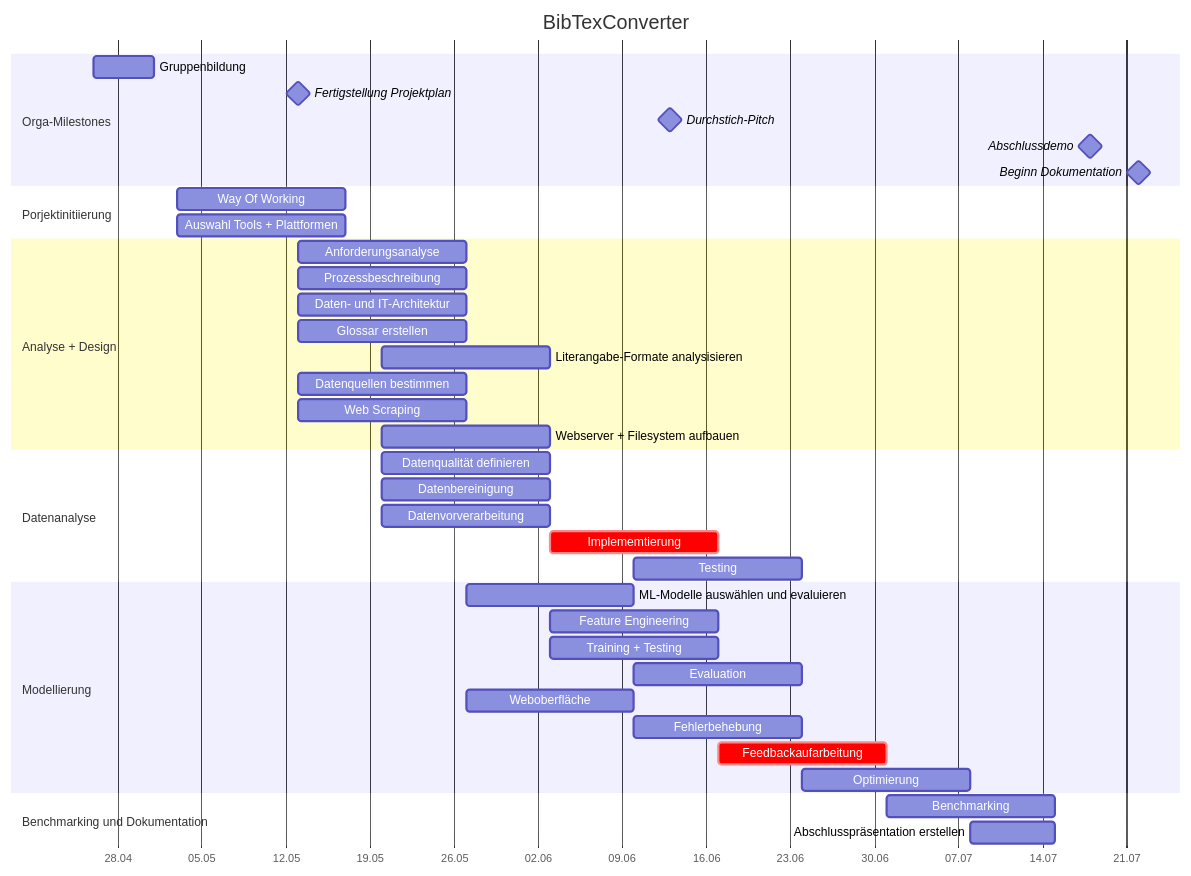
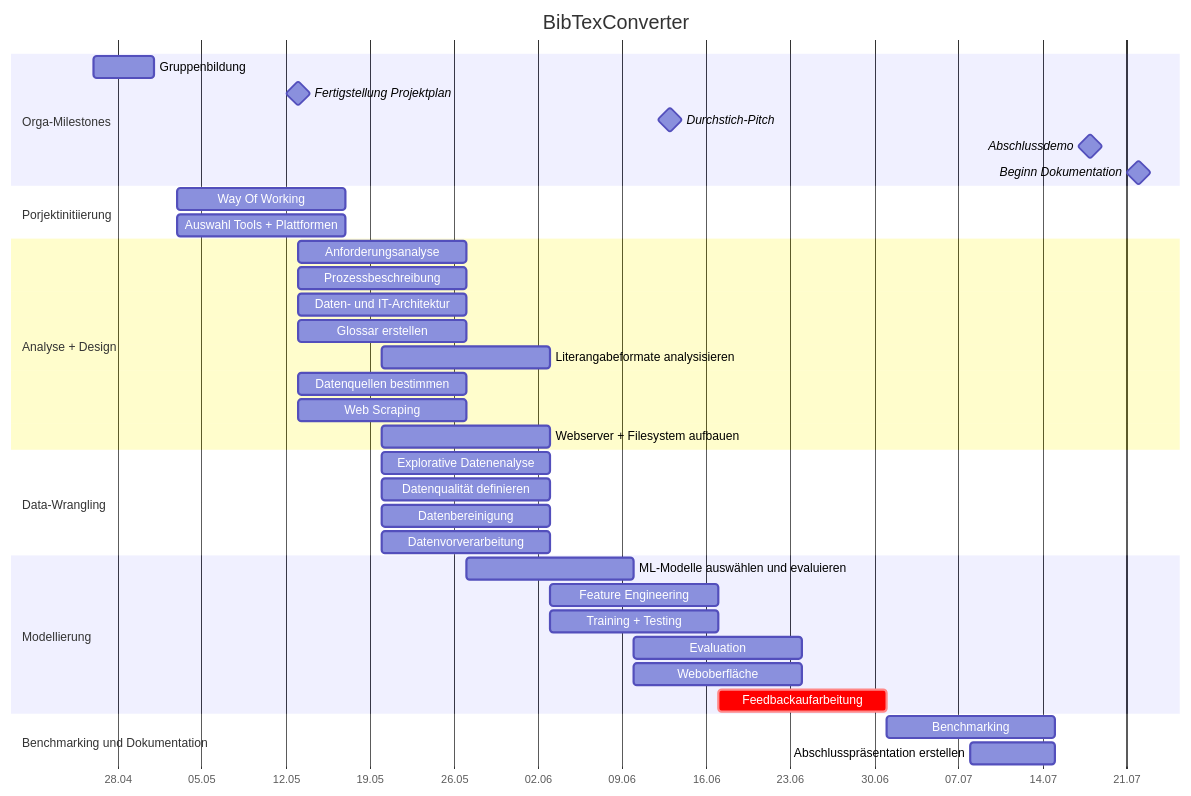
Before and after one commit to LaGit93/bibTexConverter_FaPra63065: the diagram in README.md, drawn with Mermaid.

```diff
--- a/README.md
+++ b/README.md
@@ -93,18 +93,17 @@
         Prozessbeschreibung: P02, 13.05.2024, 14d
         Daten- und IT-Architektur : P03, 13.05.2024, 14d
         Glossar erstellen : P05, 13.05.2024, 14d
-        Literangabe-Formate analysisieren : P06, 20.05.2024, 14d
+        Literangabeformate analysisieren : P06, 20.05.2024, 14d
         Datenquellen bestimmen : P07, 13.05.2024, 14d
         Web Scraping : P08, 13.05.2024, 14d
         Webserver + Filesystem aufbauen : P09, 20.05.2024, 14d
     
-    section Datenanalyse
+    section Data-Wrangling
 
+        Explorative Datenenalyse : P10, 20.05.2024, 14d
         Datenqualität definieren : P10, 20.05.2024, 14d
         Datenbereinigung : P10, 20.05.2024, 14d
         Datenvorverarbeitung : P08, 20.05.2024, 14d
-        Implememtierung : crit, P10, 03.06.2024, 14d
-        Testing: P11, 10.06.2024, 14d
     
     section Modellierung
 
@@ -112,10 +111,8 @@
         Feature Engineering : P9, 03.06.2024, 14d
         Training + Testing : P9, 03.06.2024, 14d
         Evaluation : P9, 10.06.2024, 14d
-        Weboberfläche : P9, 27.05.2024, 14d
-        Fehlerbehebung : P13, 10.06.2024, 14d
+        Weboberfläche : P9, 10.06.2024, 14d
         Feedbackaufarbeitung : crit,P12, 17.06.2024, 14d
-        Optimierung : P14, 24.06.2024, 14d
         
     section Benchmarking und Dokumentation
 
```
